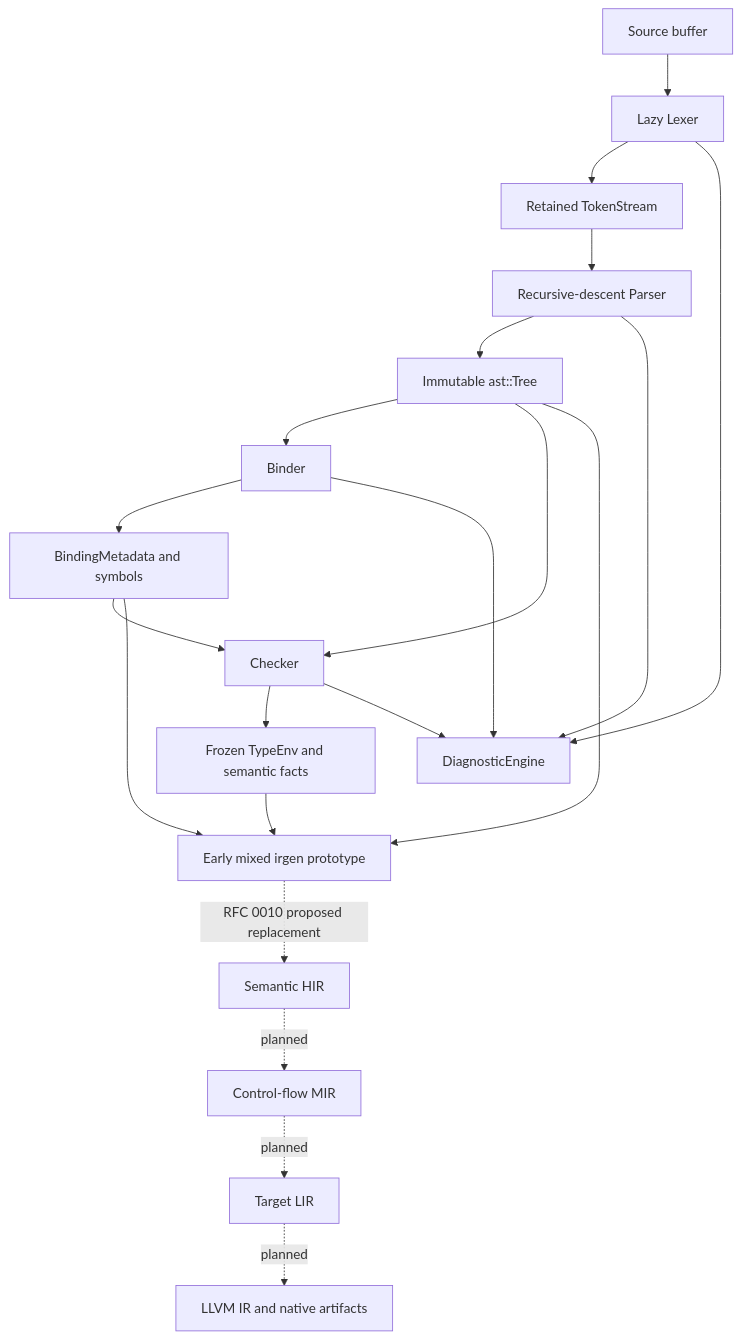
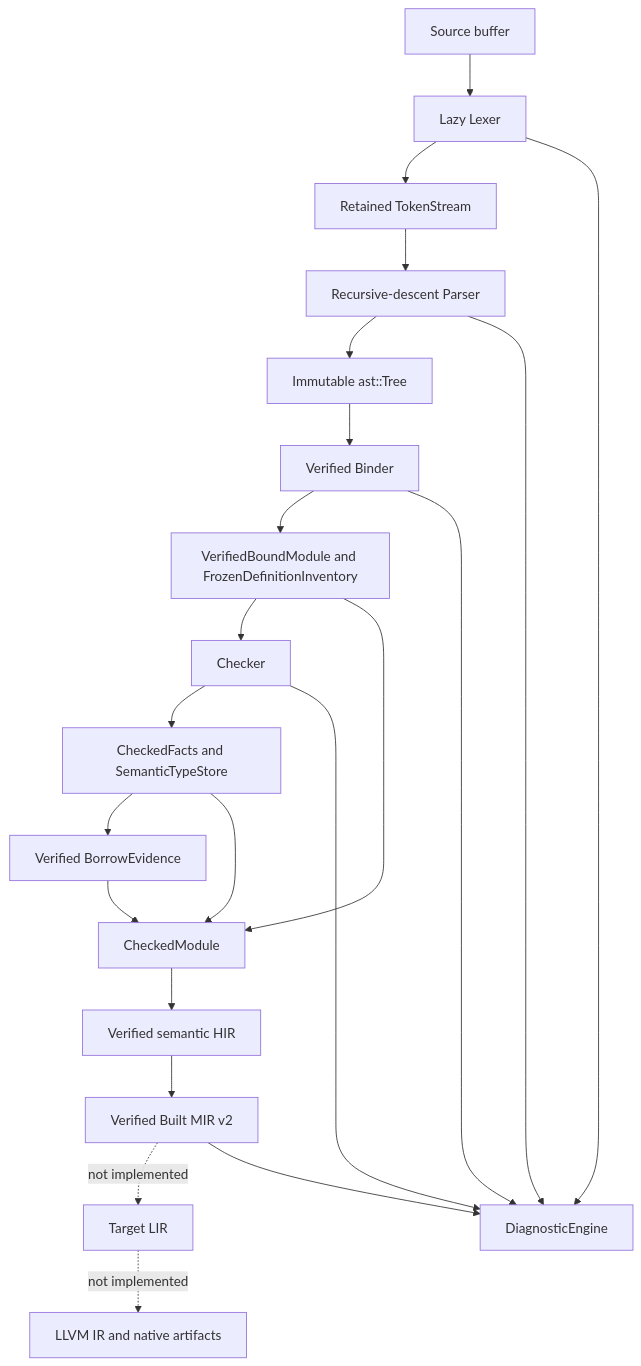
The diagram in AGENTS.md (Zzzode/ZOM), drawn with Mermaid before and after one commit. The commit also changed other lines of this file and 21 other files, not shown here.

First line of the commit message:
docs(repo): align compiler architecture guidance

````diff
--- a/AGENTS.md
+++ b/AGENTS.md
@@ -149,23 +151,24 @@
 ```mermaid
 flowchart TD
     S[Source buffer] --> L[Lazy Lexer]
     L --> T[Retained TokenStream]
     T --> P[Recursive-descent Parser]
     P --> A[Immutable ast::Tree]
-    A --> B[Binder]
-    B --> BM[BindingMetadata and symbols]
-    BM --> C[Checker]
-    A --> C
-    C --> TE[Frozen TypeEnv and semantic facts]
-    TE --> IR[Early mixed irgen prototype]
-    A --> IR
-    BM --> IR
-    IR -. RFC 0010 proposed replacement .-> H[Semantic HIR]
-    H -. planned .-> M[Control-flow MIR]
-    M -. planned .-> R[Target LIR]
-    R -. planned .-> LLVM[LLVM IR and native artifacts]
+    A --> B[Verified Binder]
+    B --> VB[VerifiedBoundModule and FrozenDefinitionInventory]
+    VB --> C[Checker]
+    C --> CF[CheckedFacts and SemanticTypeStore]
+    CF --> BE[Verified BorrowEvidence]
+    VB --> CM[CheckedModule]
+    CF --> CM
+    BE --> CM
+    CM --> H[Verified semantic HIR]
+    H --> M[Verified Built MIR v2]
+    M -. not implemented .-> R[Target LIR]
+    R -. not implemented .-> LLVM[LLVM IR and native artifacts]
     L --> D[DiagnosticEngine]
     P --> D
     B --> D
     C --> D
+    M --> D
 ```
````
